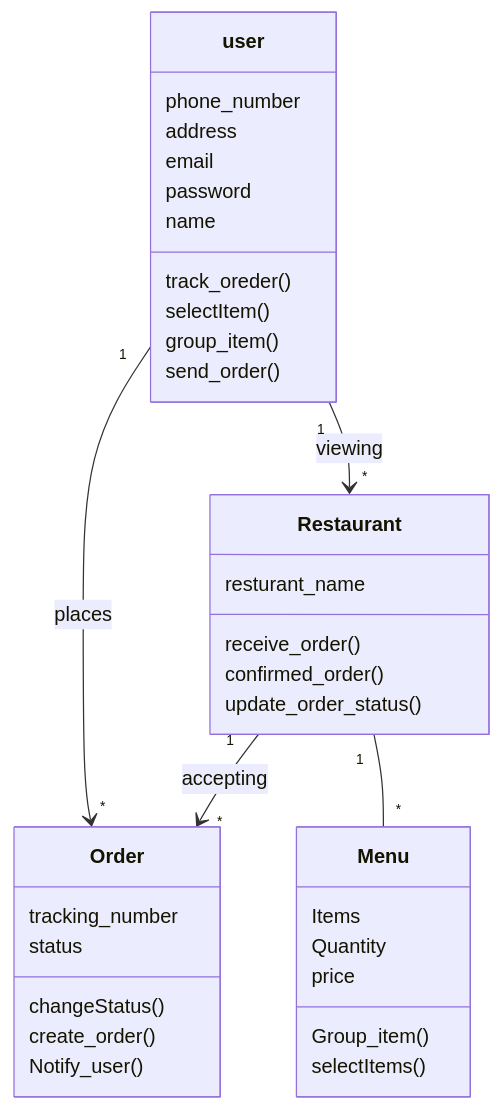
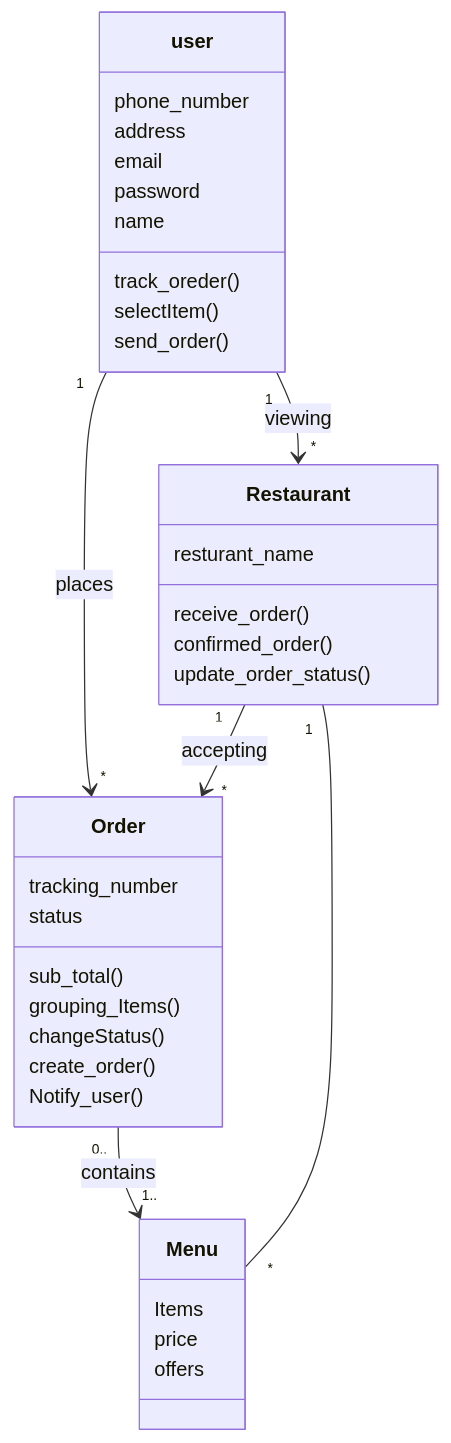
One commit to Tmadeer/Architecture_Plan_For_FoodDeliveryPlatform changed the diagram in diagramsUML/classDiagramFood.mmd. Above: the diagram before and after it, drawn with Mermaid.

Commit message:
our class diagram

```diff
--- a/diagramsUML/classDiagramFood.mmd
+++ b/diagramsUML/classDiagramFood.mmd
@@ -1,41 +1,41 @@
 classDiagram
 direction TB
     class Menu {
         Items
-        Quantity
         price
-        Group_item()
-        selectItems()
+        offers
     }
 
     class Order {
         tracking_number
         status
+	sub_total()
+    	grouping_Items()
         changeStatus()
         create_order()
         Notify_user()
     }
 
     class Restaurant {
         resturant_name
         receive_order()
         confirmed_order()
         update_order_status()
     }
 
     class user {
         phone_number
         address
         email
         password
         name
         track_oreder()
         selectItem()
-        group_item()
         send_order()
     }
 
    user "1" --> "*" Order : places
 Restaurant "1" --> "*" Order : accepting 
 Restaurant "1" -- "*" Menu 
 user "1" --> "*" Restaurant : viewing
+Order "0.." --> "1.." Menu : contains
```
